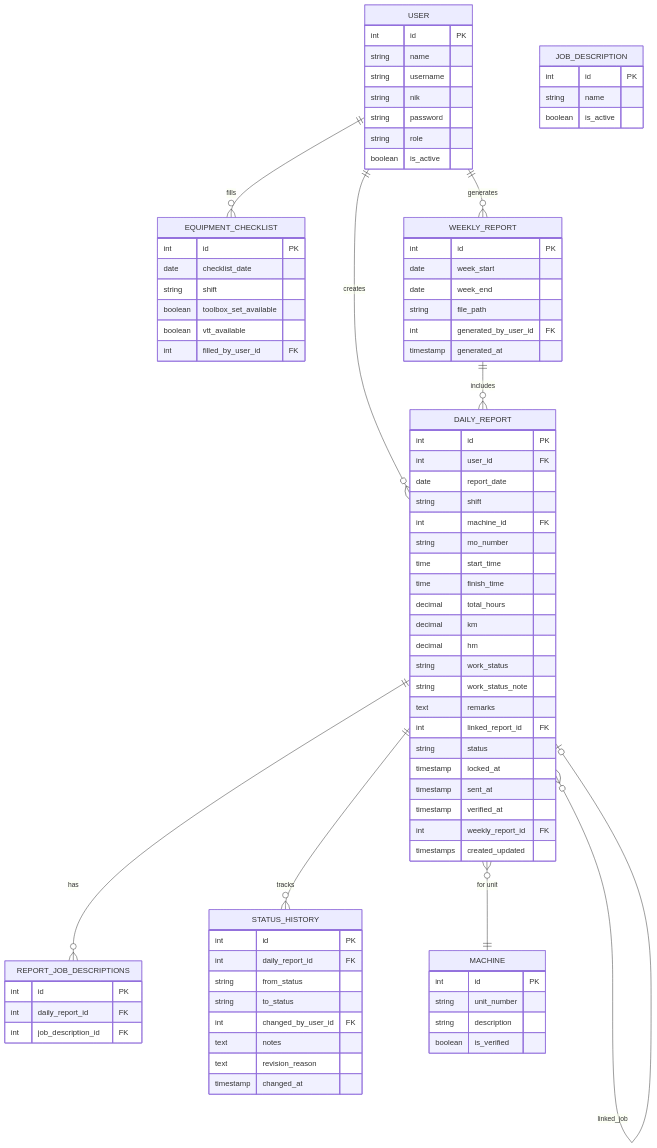
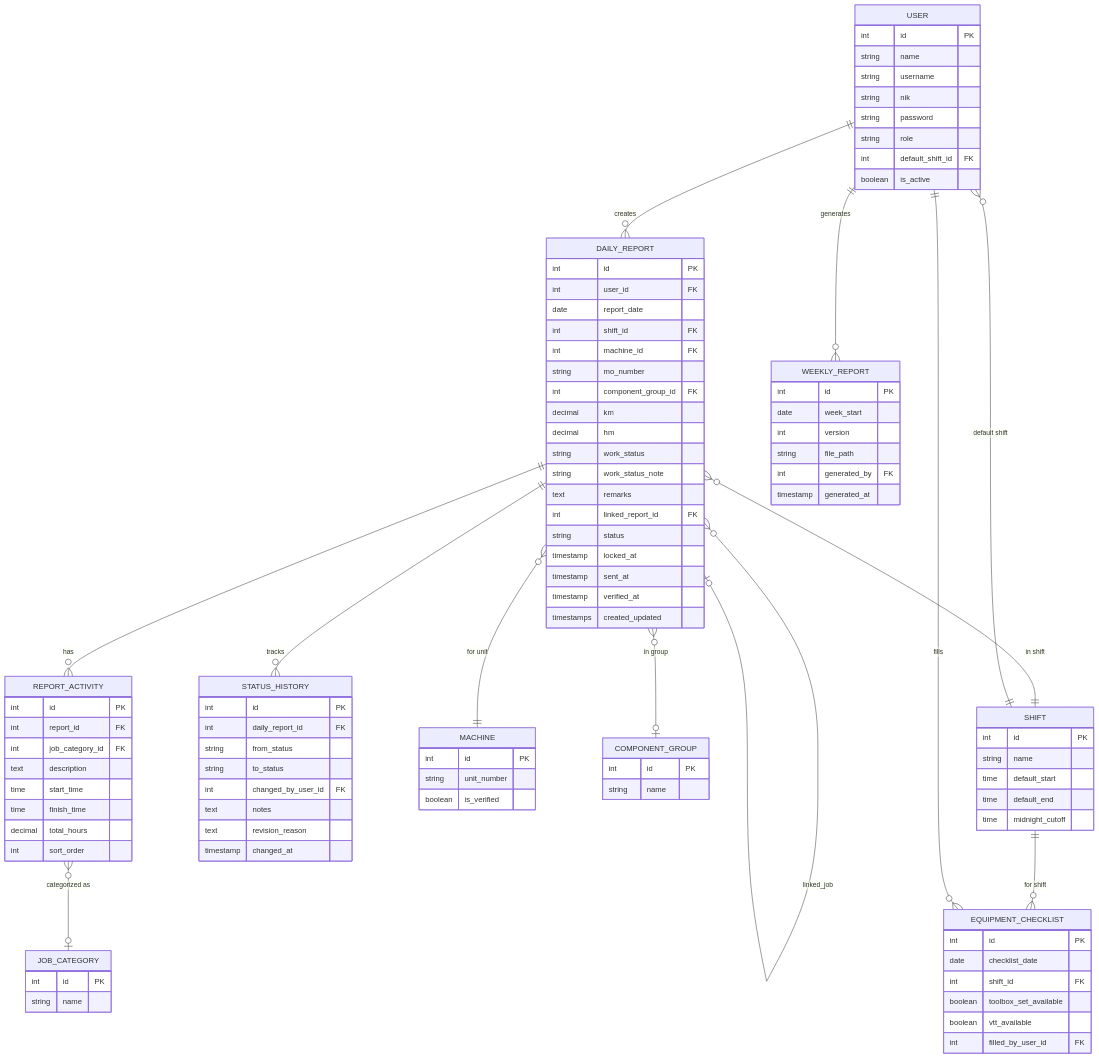
The fifth of 5 diagrams in PRD.md (aindragt/daily-routine), drawn with Mermaid before and after one commit. The commit also changed other lines of this file, not shown here.

````diff
--- a/PRD.md
+++ b/PRD.md
@@ -488,21 +539,20 @@
         string nik
         string password
         string role
+        int default_shift_id FK
         boolean is_active
     }
 
-    DAILY_REPORT ||--o{ REPORT_JOB_DESCRIPTIONS : "has"
+    DAILY_REPORT ||--o{ REPORT_ACTIVITY : "has"
     DAILY_REPORT ||--o{ STATUS_HISTORY : "tracks"
     DAILY_REPORT {
         int id PK
         int user_id FK
         date report_date
-        string shift
+        int shift_id FK
         int machine_id FK
         string mo_number
-        time start_time
-        time finish_time
-        decimal total_hours
+        int component_group_id FK
         decimal km
         decimal hm
         string work_status
@@ -513,35 +563,53 @@
         timestamp locked_at
         timestamp sent_at
         timestamp verified_at
-        int weekly_report_id FK
         timestamps created_updated
+    }
+
+    REPORT_ACTIVITY {
+        int id PK
+        int report_id FK
+        int job_category_id FK
+        text description
+        time start_time
+        time finish_time
+        decimal total_hours
+        int sort_order
     }
 
     MACHINE {
         int id PK
         string unit_number
-        string description
         boolean is_verified
     }
 
-    JOB_DESCRIPTION {
+    COMPONENT_GROUP {
         int id PK
         string name
-        boolean is_active
     }
 
-    REPORT_JOB_DESCRIPTIONS {
+    JOB_CATEGORY {
         int id PK
-        int daily_report_id FK
-        int job_description_id FK
+        string name
+    }
+
+    SHIFT {
+        int id PK
+        string name
+        time default_start
+        time default_end
+        time midnight_cutoff
     }
 
     DAILY_REPORT }o--|| MACHINE : "for unit"
+    DAILY_REPORT }o--o| COMPONENT_GROUP : "in group"
+    DAILY_REPORT }o--|| SHIFT : "in shift"
+    REPORT_ACTIVITY }o--o| JOB_CATEGORY : "categorized as"
 
     EQUIPMENT_CHECKLIST {
         int id PK
         date checklist_date
-        string shift
+        int shift_id FK
         boolean toolbox_set_available
         boolean vtt_available
         int filled_by_user_id FK
@@ -561,14 +629,15 @@
     WEEKLY_REPORT {
         int id PK
         date week_start
-        date week_end
+        int version
         string file_path
-        int generated_by_user_id FK
+        int generated_by FK
         timestamp generated_at
     }
 
     DAILY_REPORT }o--o| DAILY_REPORT : "linked_job"
-    WEEKLY_REPORT ||--o{ DAILY_REPORT : "includes"
+    SHIFT ||--o{ EQUIPMENT_CHECKLIST : "for shift"
+    SHIFT ||--o{ USER : "default shift"
     USER ||--o{ EQUIPMENT_CHECKLIST : "fills"
     USER ||--o{ WEEKLY_REPORT : "generates"
 ```
````
